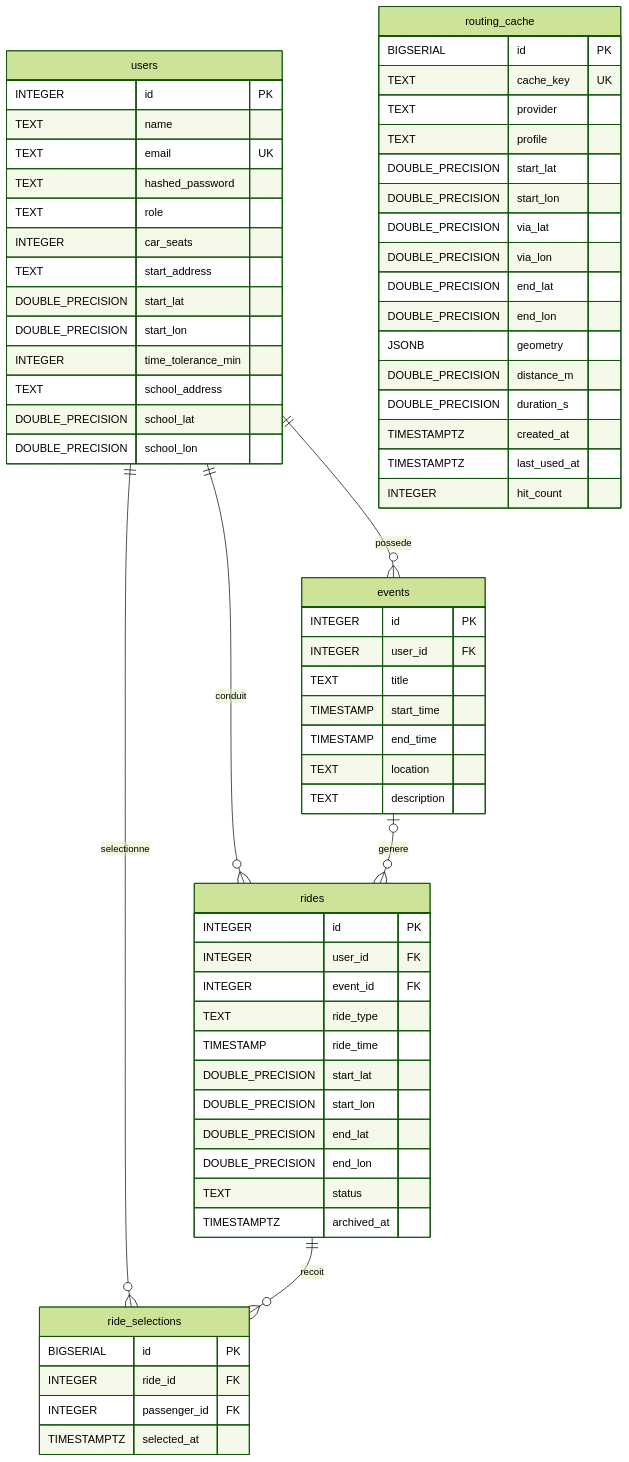
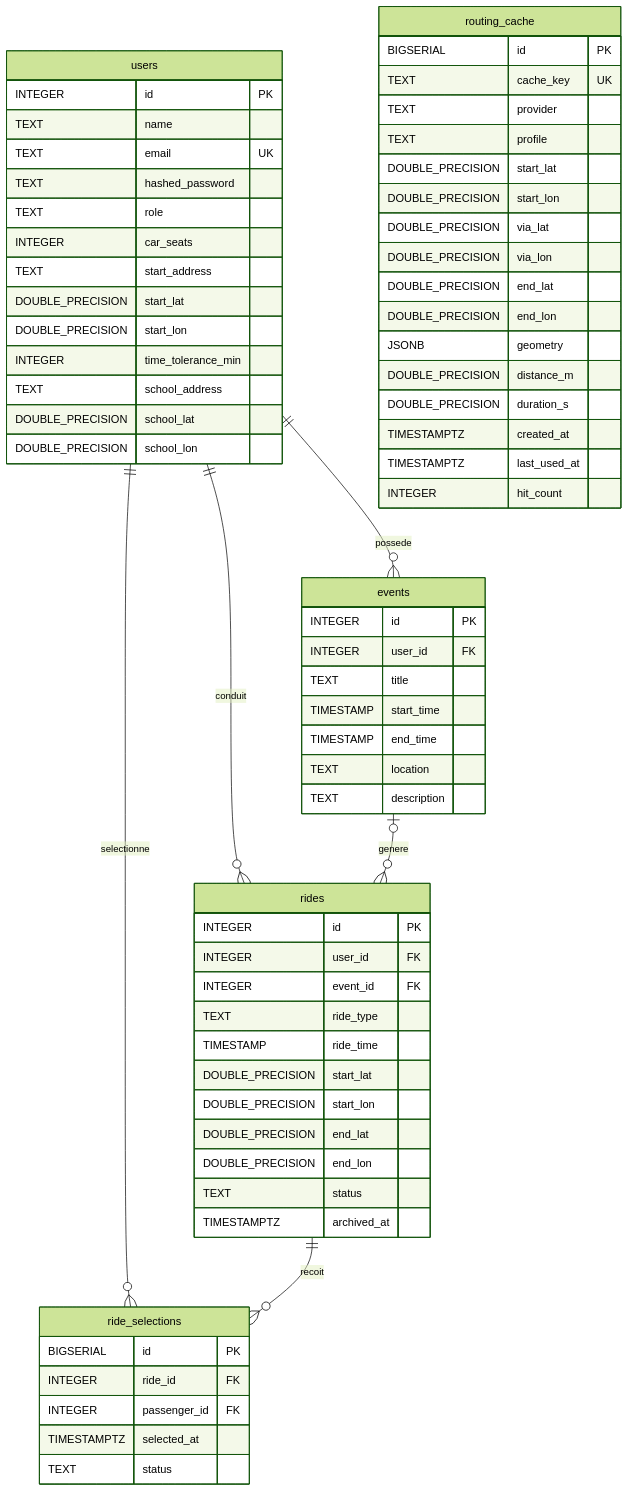
One commit to NaelFares/CNAM-I2-Project changed the diagram in doc/DATABASE_SCHEMA.md. Above: the diagram before and after it, drawn with Mermaid (forest theme). The commit also changed other lines of this file and 15 other files, not shown here.

````diff
--- a/doc/DATABASE_SCHEMA.md
+++ b/doc/DATABASE_SCHEMA.md
@@ -14,74 +14,75 @@
 ```mermaid
 erDiagram
     users ||--o{ events : possede
     users ||--o{ rides : conduit
     events o|--o{ rides : genere
     users ||--o{ ride_selections : selectionne
     rides ||--o{ ride_selections : recoit
 
     users {
         INTEGER id PK
         TEXT name
         TEXT email UK
         TEXT hashed_password
         TEXT role
         INTEGER car_seats
         TEXT start_address
         DOUBLE_PRECISION start_lat
         DOUBLE_PRECISION start_lon
         INTEGER time_tolerance_min
         TEXT school_address
         DOUBLE_PRECISION school_lat
         DOUBLE_PRECISION school_lon
     }
 
     events {
         INTEGER id PK
         INTEGER user_id FK
         TEXT title
         TIMESTAMP start_time
         TIMESTAMP end_time
         TEXT location
         TEXT description
     }
 
     rides {
         INTEGER id PK
         INTEGER user_id FK
         INTEGER event_id FK
         TEXT ride_type
         TIMESTAMP ride_time
         DOUBLE_PRECISION start_lat
         DOUBLE_PRECISION start_lon
         DOUBLE_PRECISION end_lat
         DOUBLE_PRECISION end_lon
         TEXT status
         TIMESTAMPTZ archived_at
     }
 
     ride_selections {
         BIGSERIAL id PK
         INTEGER ride_id FK
         INTEGER passenger_id FK
         TIMESTAMPTZ selected_at
+        TEXT status
     }
 
     routing_cache {
         BIGSERIAL id PK
         TEXT cache_key UK
         TEXT provider
         TEXT profile
         DOUBLE_PRECISION start_lat
         DOUBLE_PRECISION start_lon
         DOUBLE_PRECISION via_lat
         DOUBLE_PRECISION via_lon
         DOUBLE_PRECISION end_lat
         DOUBLE_PRECISION end_lon
         JSONB geometry
         DOUBLE_PRECISION distance_m
         DOUBLE_PRECISION duration_s
         TIMESTAMPTZ created_at
         TIMESTAMPTZ last_used_at
         INTEGER hit_count
     }
 ```
````
